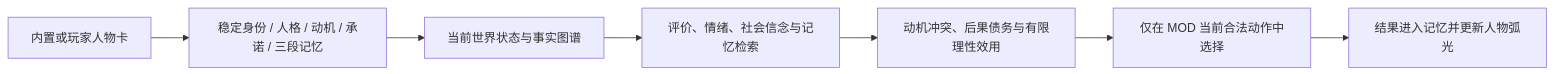
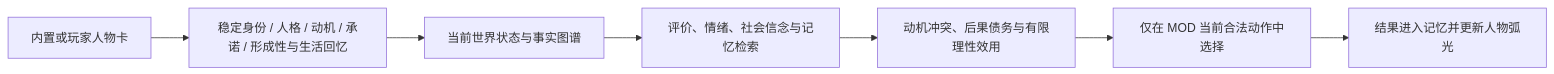
The diagram in docs/CHARACTER_CARDS.md (vrwanderers/human-vs-agent-engine), drawn with Mermaid before and after one commit. The commit also changed other lines of this file and 60 other files, not shown here.

````diff
--- a/docs/CHARACTER_CARDS.md
+++ b/docs/CHARACTER_CARDS.md
@@ -14,9 +14,9 @@
 ```mermaid
 flowchart LR
-  A[内置或玩家人物卡] --> B[稳定身份 / 人格 / 动机 / 承诺 / 三段记忆]
+  A[内置或玩家人物卡] --> B[稳定身份 / 人格 / 动机 / 承诺 / 形成性与生活回忆]
   B --> C[当前世界状态与事实图谱]
   C --> D[评价、情绪、社会信念与记忆检索]
   D --> E[动机冲突、后果债务与有限理性效用]
   E --> F[仅在 MOD 当前合法动作中选择]
   F --> G[结果进入记忆并更新人物弧光]
 ```
````
